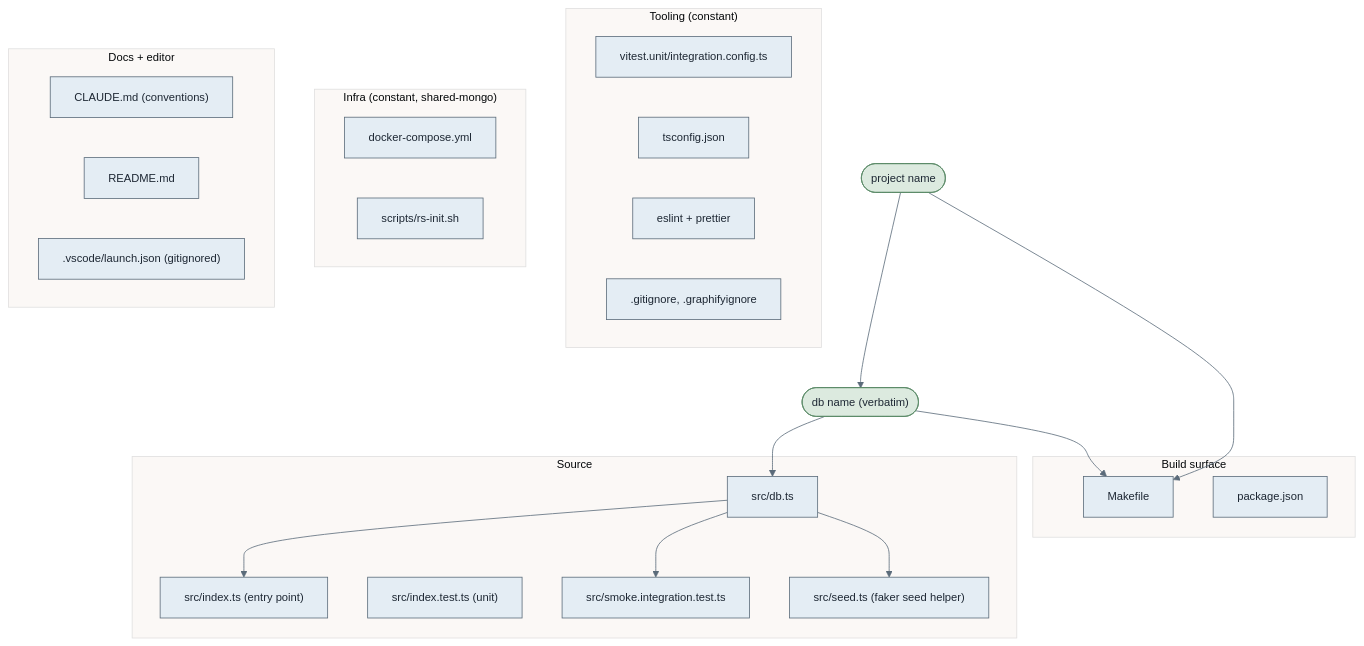
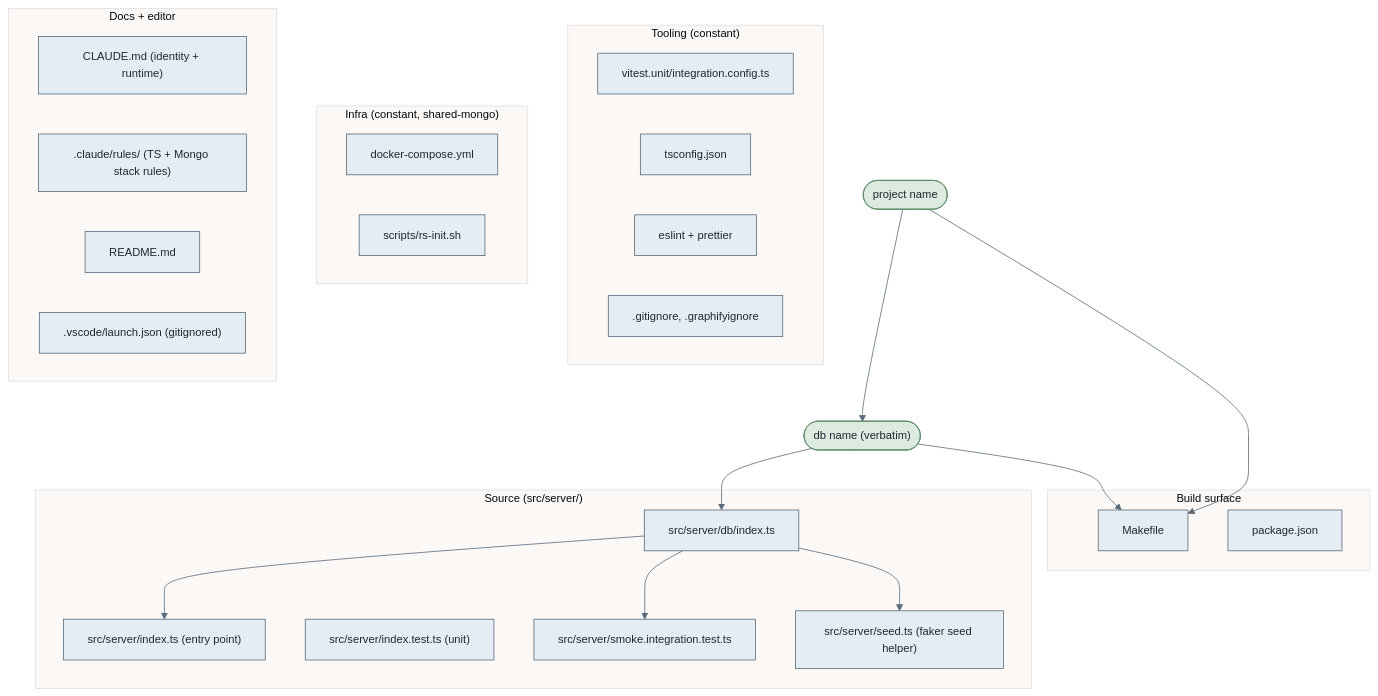
Before and after one commit to omerosaienni/agent-sdlc: the third of 4 diagrams in docs/scripts.md, drawn with Mermaid. The commit also changed other lines of this file and 5 other files, not shown here.

Commit message:
feat(generator): src/server layout and delegated stack rules (#23)

````diff
--- a/docs/scripts.md
+++ b/docs/scripts.md
@@ -90,46 +92,47 @@
 ```mermaid
 %%{init: {'theme':'base','themeVariables':{'primaryColor':'#e4edf4','primaryTextColor':'#1d2733','primaryBorderColor':'#5b6b7a','lineColor':'#5b6b7a','fontSize':'14px'}}}%%
 flowchart TD
     name(["project name"]) --> dbname(["db name (verbatim)"])
     dbname --> dbts
     dbname --> makefile
     name --> makefile
 
     subgraph tooling["Tooling (constant)"]
         vitest["vitest.unit/integration.config.ts"]
         tsconfig["tsconfig.json"]
         lint["eslint + prettier"]
         ignores[".gitignore, .graphifyignore"]
     end
 
     subgraph infra["Infra (constant, shared-mongo)"]
         compose["docker-compose.yml"]
         rsinit["scripts/rs-init.sh"]
     end
 
-    subgraph source["Source"]
-        dbts["src/db.ts"]
-        index["src/index.ts (entry point)"]
-        indextest["src/index.test.ts (unit)"]
-        smoke["src/smoke.integration.test.ts"]
-        seed["src/seed.ts (faker seed helper)"]
+    subgraph source["Source (src/server/)"]
+        dbts["src/server/db/index.ts"]
+        index["src/server/index.ts (entry point)"]
+        indextest["src/server/index.test.ts (unit)"]
+        smoke["src/server/smoke.integration.test.ts"]
+        seed["src/server/seed.ts (faker seed helper)"]
     end
 
     subgraph build["Build surface"]
         makefile["Makefile"]
         pkg["package.json"]
     end
 
     subgraph docs["Docs + editor"]
-        claude["CLAUDE.md (conventions)"]
+        claude["CLAUDE.md (identity + runtime)"]
+        rules[".claude/rules/ (TS + Mongo stack rules)"]
         readme["README.md"]
         vscode[".vscode/launch.json (gitignored)"]
     end
 
     dbts --> index
     dbts --> smoke
     dbts --> seed
 
     classDef param fill:#dceadf,stroke:#5a8a66,color:#1d2733;
     class name,dbname param;
 ```
````
